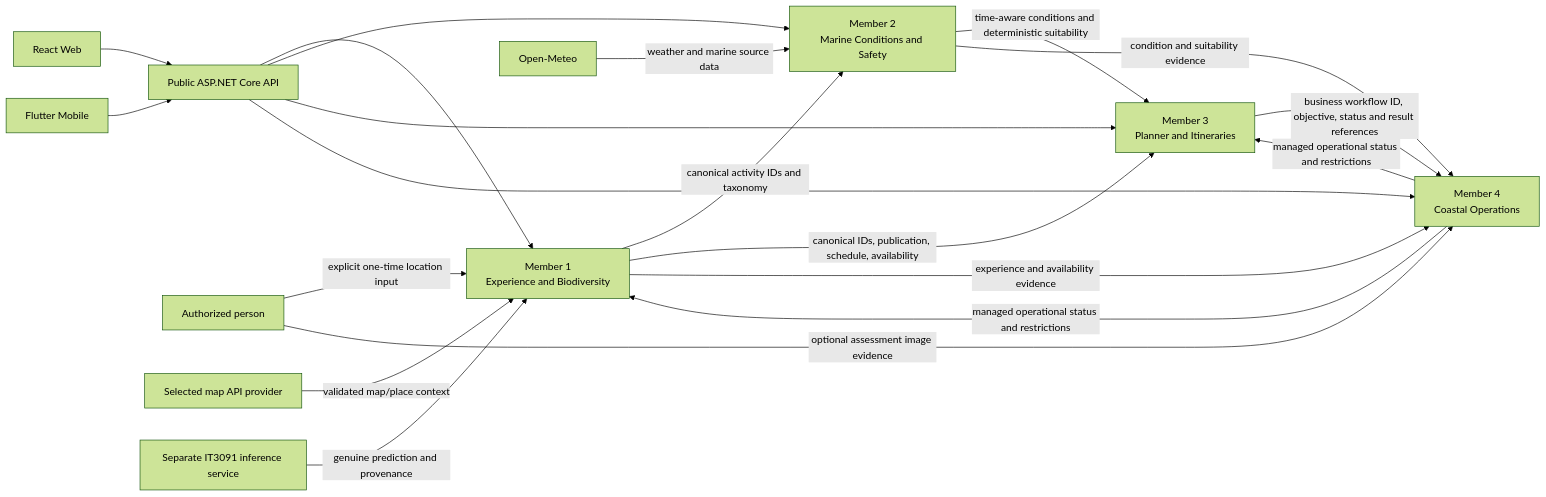
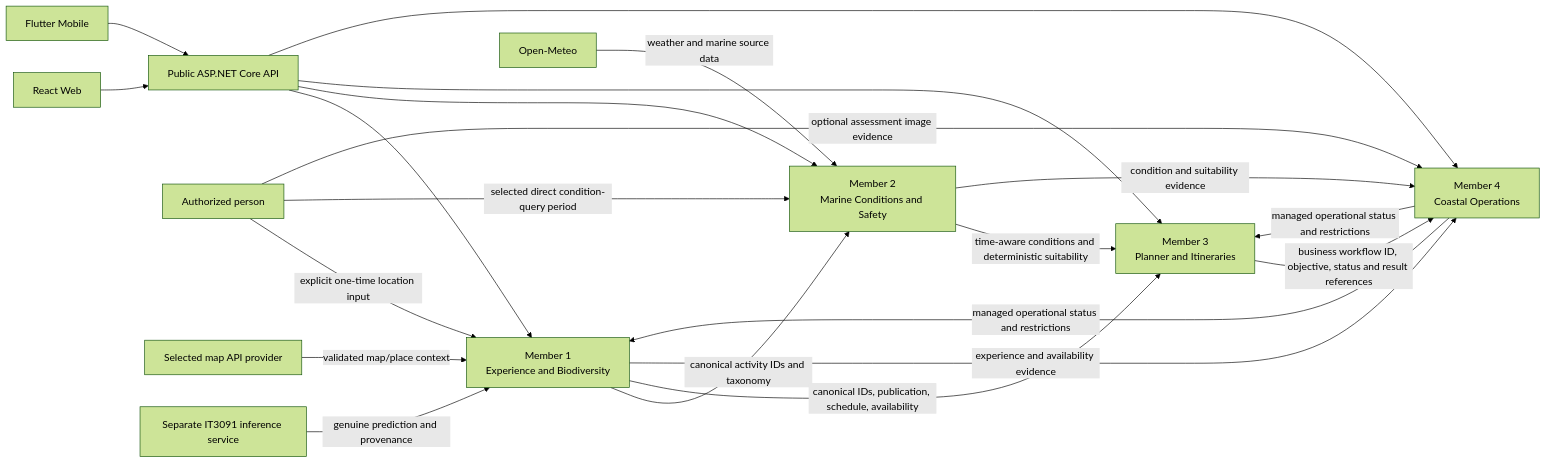
The first of 2 diagrams in docs/v1/component-relationships.md (WKS2004/BLUEVERSE), drawn with Mermaid (forest theme) before and after one commit. The commit also changed other lines of this file and 9 other files, not shown here.

Commit message:
Assigned condition period input to member 2

````diff
--- a/docs/v1/component-relationships.md
+++ b/docs/v1/component-relationships.md
@@ -19,27 +19,28 @@
 ```mermaid
 flowchart LR
     React[React Web] --> API[Public ASP.NET Core API]
     Flutter[Flutter Mobile] --> API
 
     Person[Authorized person]
     Person -->|explicit one-time location input| M1
+    Person -->|selected direct condition-query period| M2
     Person -->|optional assessment image evidence| M4
 
     API --> M1[Member 1<br/>Experience and Biodiversity]
     API --> M2[Member 2<br/>Marine Conditions and Safety]
     API --> M3[Member 3<br/>Planner and Itineraries]
     API --> M4[Member 4<br/>Coastal Operations]
 
     M1 -->|canonical activity IDs and taxonomy| M2
     M1 -->|canonical IDs, publication, schedule, availability| M3
     M1 -->|experience and availability evidence| M4
     M4 -->|managed operational status and restrictions| M1
     M4 -->|managed operational status and restrictions| M3
     M2 -->|time-aware conditions and deterministic suitability| M3
     M2 -->|condition and suitability evidence| M4
     M3 -->|business workflow ID, objective, status and result references| M4
 
     OpenMeteo[Open-Meteo] -->|weather and marine source data| M2
     MapProvider[Selected map API provider] -->|validated map/place context| M1
     Biodiversity[Separate IT3091 inference service] -->|genuine prediction and provenance| M1
 ```
````
